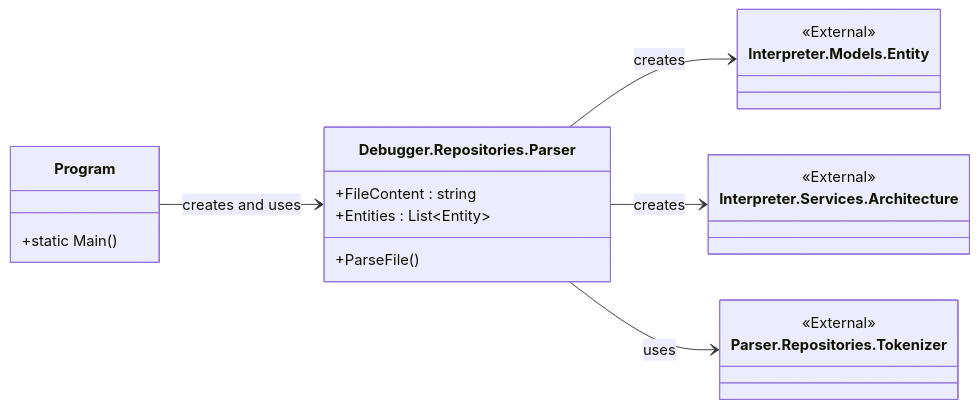
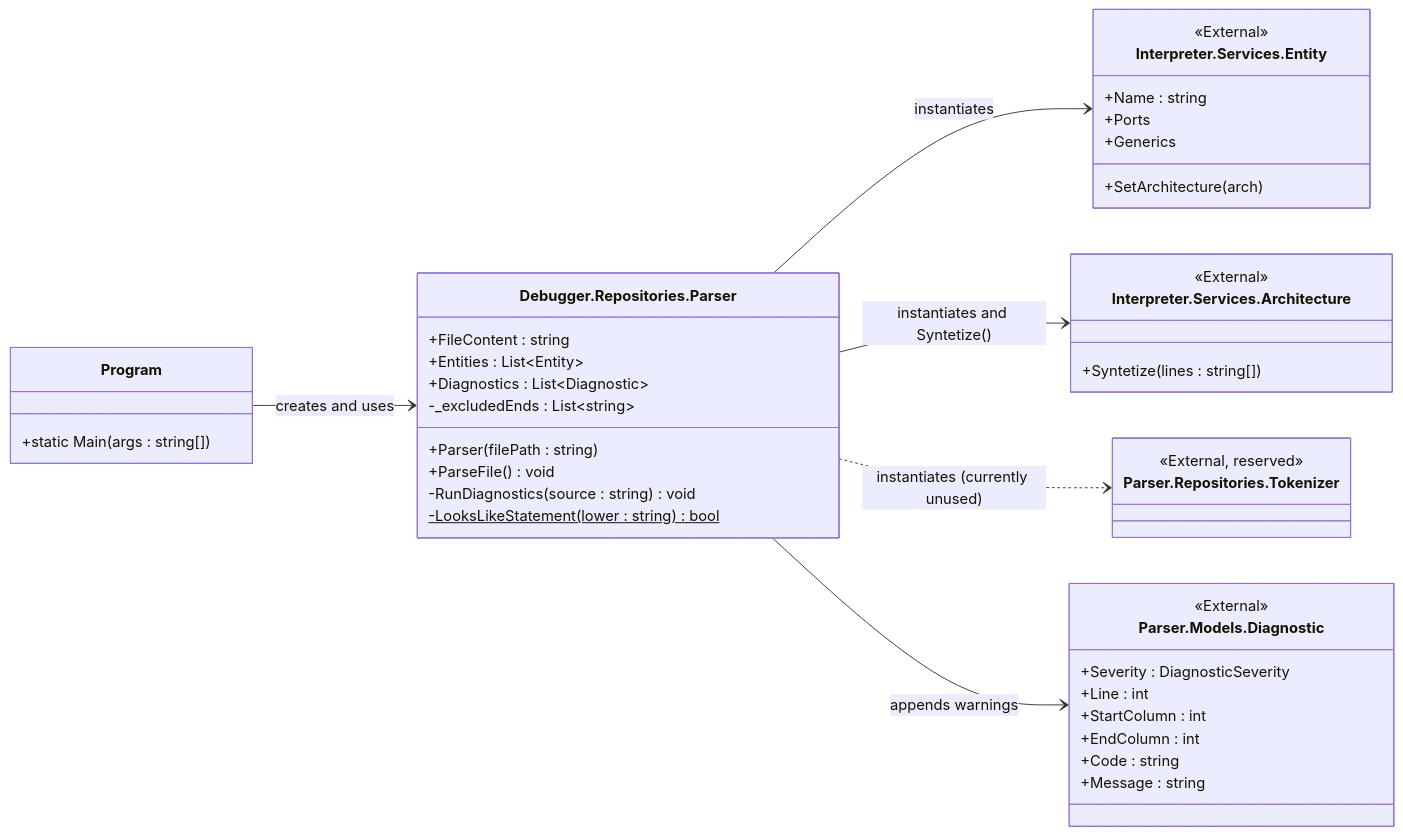
Before and after one commit to Kmila9s/Debugger: the second of 4 diagrams in README.md, drawn with Mermaid. The commit also changed other lines of this file and 25 other files, not shown here.

````diff
--- a/README.md
+++ b/README.md
@@ -113,31 +144,52 @@
 ```mermaid
 classDiagram
     direction LR
 
     class Program {
-        +static Main()
+        +static Main(args : string[])
     }
 
     class DbgParser["Debugger.Repositories.Parser"] {
         +FileContent : string
         +Entities : List~Entity~
-        +ParseFile()
+        +Diagnostics : List~Diagnostic~
+        -_excludedEnds : List~string~
+        +Parser(filePath : string)
+        +ParseFile() void
+        -RunDiagnostics(source : string) void
+        -LooksLikeStatement(lower : string)$ bool
     }
 
-    class IntEntity["Interpreter.Models.Entity"] {
+    class IntEntity["Interpreter.Services.Entity"] {
         <<External>>
+        +Name : string
+        +Ports
+        +Generics
+        +SetArchitecture(arch)
     }
-    
+
     class IntArch["Interpreter.Services.Architecture"] {
         <<External>>
+        +Syntetize(lines : string[])
     }
 
     class Tok["Parser.Repositories.Tokenizer"] {
+        <<External, reserved>>
+    }
+
+    class Diag["Parser.Models.Diagnostic"] {
         <<External>>
+        +Severity : DiagnosticSeverity
+        +Line : int
+        +StartColumn : int
+        +EndColumn : int
+        +Code : string
+        +Message : string
     }
 
     Program --> DbgParser : creates and uses
-    DbgParser --> IntEntity : creates
-    DbgParser --> IntArch : creates
-    DbgParser --> Tok : uses
+    DbgParser --> IntEntity : instantiates
+    DbgParser --> IntArch : instantiates and Syntetize()
+    DbgParser ..> Tok : instantiates (currently unused)
+    DbgParser --> Diag : appends warnings
 ```
````
